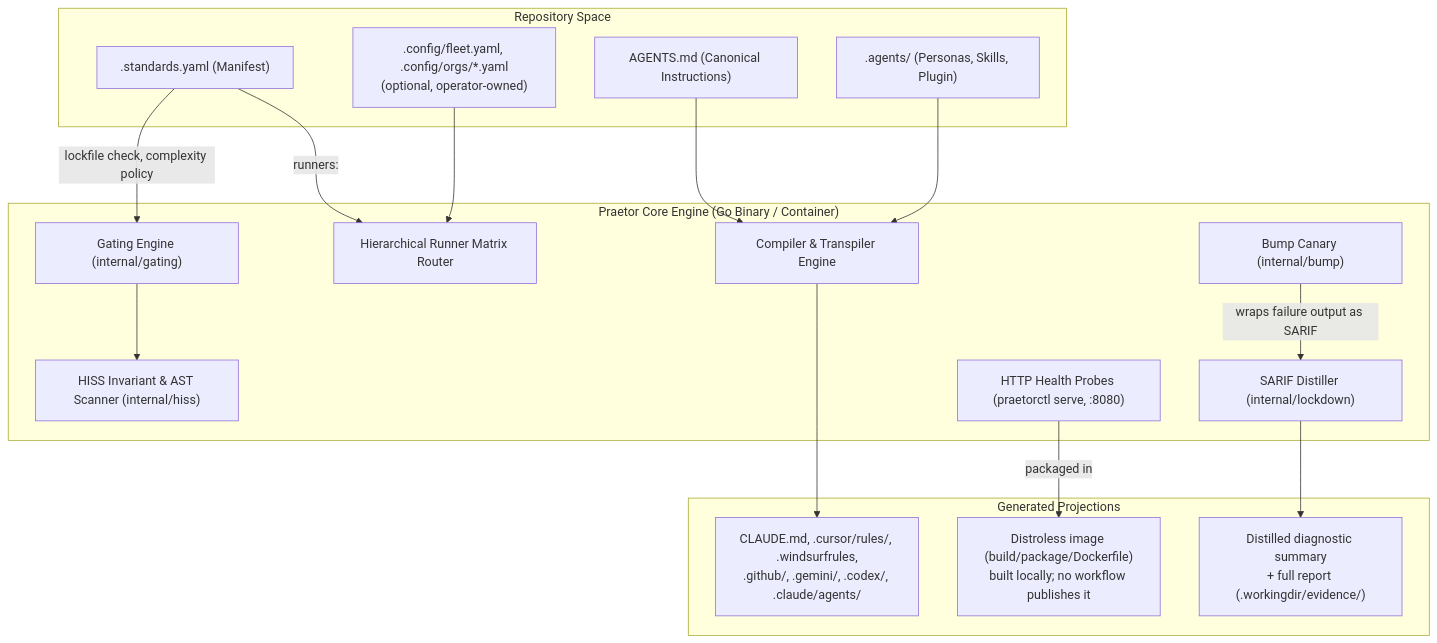
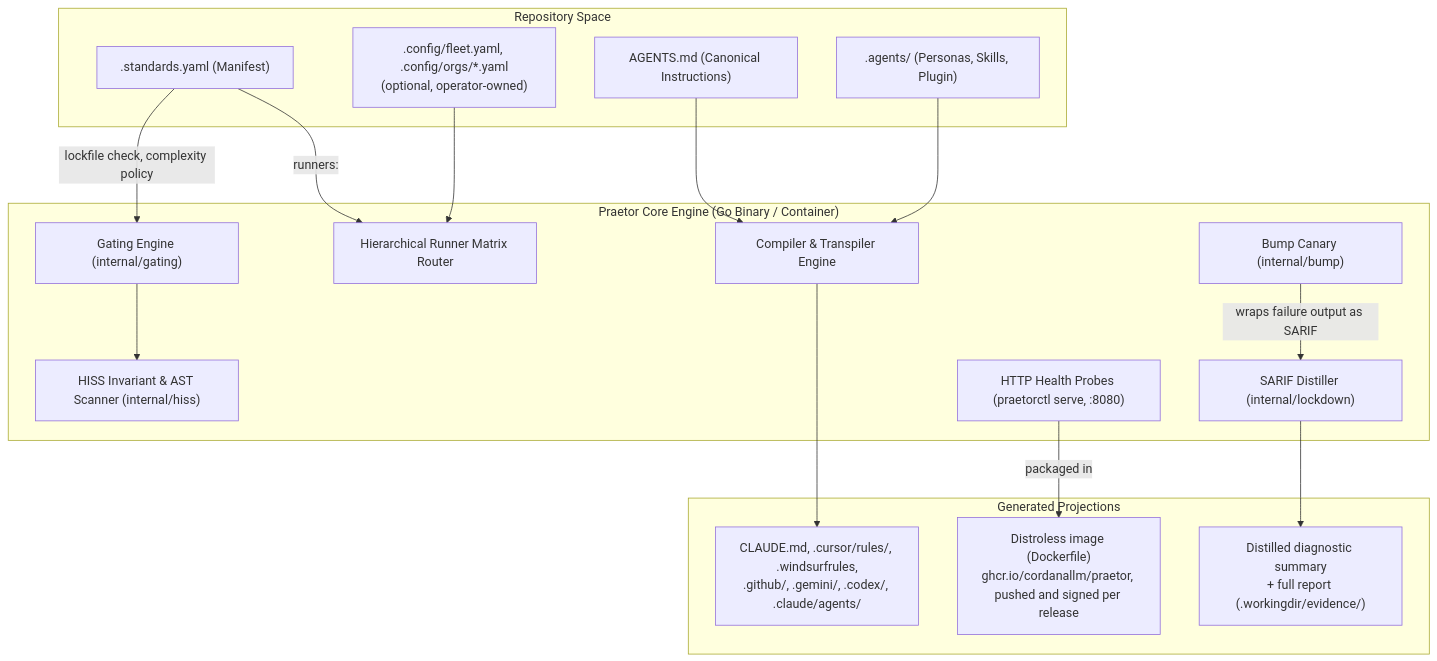
One commit to cordanaLLM/praetor changed the second of 3 diagrams in docs/architecture/c4-models.md. Above: the diagram before and after it, drawn with Mermaid. The commit also changed other lines of this file and 22 other files, not shown here.

````diff
--- a/docs/architecture/c4-models.md
+++ b/docs/architecture/c4-models.md
@@ -47,37 +47,37 @@
 ```mermaid
 flowchart TD
     subgraph REPO_SPACE["Repository Space"]
         STANDARDS_YAML[".standards.yaml (Manifest)"]
         FLEET_YAML[".config/fleet.yaml, .config/orgs/*.yaml\n(optional, operator-owned)"]
         AGENTS_MD["AGENTS.md (Canonical Instructions)"]
         SUBAGENTS[".agents/ (Personas, Skills, Plugin)"]
     end
 
     subgraph PRAETOR_CLI["Praetor Core Engine (Go Binary / Container)"]
         GATING_SVC["Gating Engine (internal/gating)"]
         COMPILER_SVC["Compiler & Transpiler Engine"]
         HISS_SVC["HISS Invariant & AST Scanner (internal/hiss)"]
         RUNNER_SVC["Hierarchical Runner Matrix Router"]
         CANARY_SVC["Bump Canary (internal/bump)"]
         DISTILL_SVC["SARIF Distiller (internal/lockdown)"]
         HEALTH_SVC["HTTP Health Probes (praetorctl serve, :8080)"]
     end
 
     subgraph ARTIFACT_OUTPUTS["Generated Projections"]
         VENDOR_AGENTS["CLAUDE.md, .cursor/rules/, .windsurfrules,\n.github/, .gemini/, .codex/, .claude/agents/"]
         SARIF_OUTPUT["Distilled diagnostic summary\n+ full report (.workingdir/evidence/)"]
-        OCI_IMAGE["Distroless image (build/package/Dockerfile)\nbuilt locally; no workflow publishes it"]
+        OCI_IMAGE["Distroless image (Dockerfile)\nghcr.io/cordanallm/praetor, pushed and signed per release"]
     end
 
     STANDARDS_YAML -->|"lockfile check, complexity policy"| GATING_SVC
     STANDARDS_YAML -->|"runners:"| RUNNER_SVC
     FLEET_YAML --> RUNNER_SVC
     AGENTS_MD --> COMPILER_SVC
     SUBAGENTS --> COMPILER_SVC
 
     GATING_SVC --> HISS_SVC
     COMPILER_SVC --> VENDOR_AGENTS
     CANARY_SVC -->|"wraps failure output as SARIF"| DISTILL_SVC
     DISTILL_SVC --> SARIF_OUTPUT
     HEALTH_SVC -->|"packaged in"| OCI_IMAGE
 ```
````
